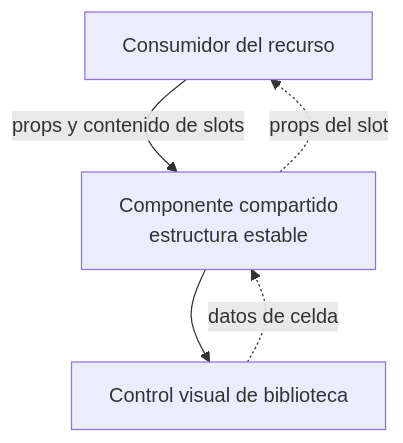
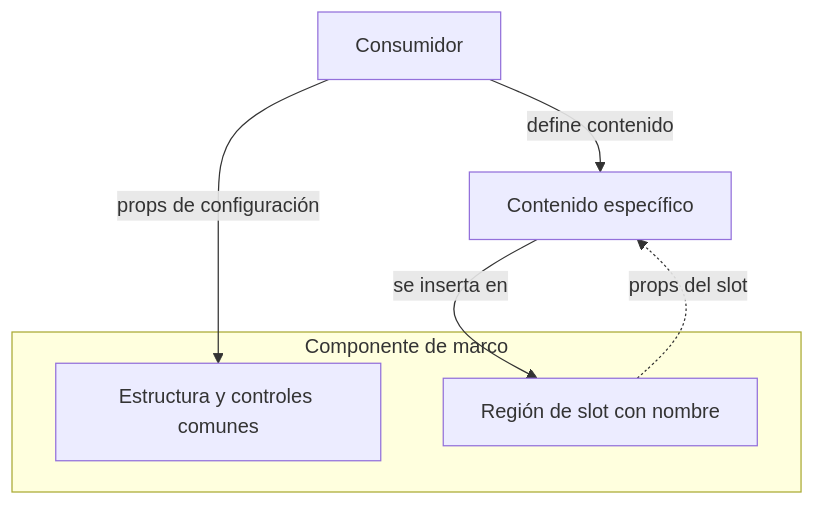
One commit to gpgsistemas01/nexus changed the first of 2 diagrams in front/docs/architecture/views/development/design-and-construction-patterns/05-slots-and-visual-composition.md. Above: the diagram before and after it, drawn with Mermaid. The commit also changed other lines of this file and 158 other files, not shown here.

````diff
--- a/front/docs/architecture/views/development/design-and-construction-patterns/05-slots-and-visual-composition.md
+++ b/front/docs/architecture/views/development/design-and-construction-patterns/05-slots-and-visual-composition.md
@@ -19,7 +20,11 @@
 ```mermaid
 flowchart TB
-    consumer["Consumidor del recurso"] -->|props y contenido de slots| frame["Componente compartido<br/>estructura estable"]
-    frame --> library["Control visual de biblioteca"]
-    library -.->|datos de celda| frame
-    frame -.->|props del slot| consumer
+    consumer[Consumidor] -->|define contenido| content[Contenido específico]
+    subgraph frame[Componente de marco]
+        structure[Estructura y controles comunes]
+        slot[Región de slot con nombre]
+    end
+    content -->|se inserta en| slot
+    slot -.->|props del slot| content
+    consumer -->|props de configuración| structure
 ```
````
